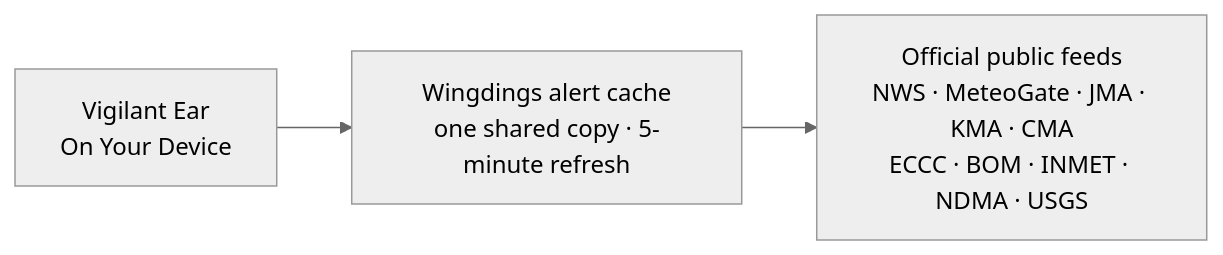
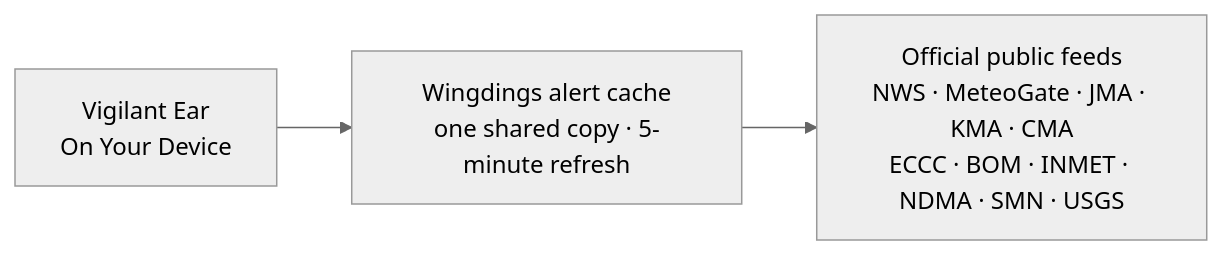
One commit to rpalm01-star/VigilantEarLegal changed the fourth of 4 diagrams in README.md. Above: the diagram before and after it, drawn with Mermaid (neutral theme). The commit also changed other lines of this file and 44 other files, not shown here.

````diff
--- a/README.md
+++ b/README.md
@@ -171,5 +171,5 @@
 ```mermaid
 graph LR
     P1["Vigilant Ear<br/>On Your Device"] --> W["Wingdings alert cache<br/>one shared copy · 5-minute refresh"]
-    W --> N["Official public feeds<br/>NWS · MeteoGate · JMA · KMA · CMA<br/>ECCC · BOM · INMET · NDMA · USGS"]
+    W --> N["Official public feeds<br/>NWS · MeteoGate · JMA · KMA · CMA<br/>ECCC · BOM · INMET · NDMA · SMN · USGS"]
 ```
````
